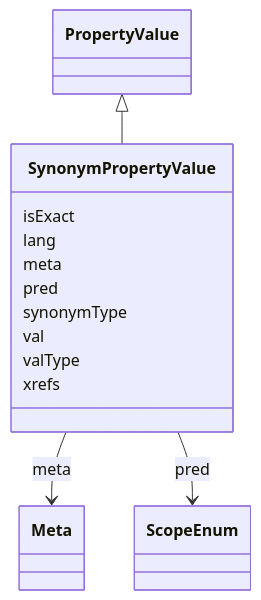
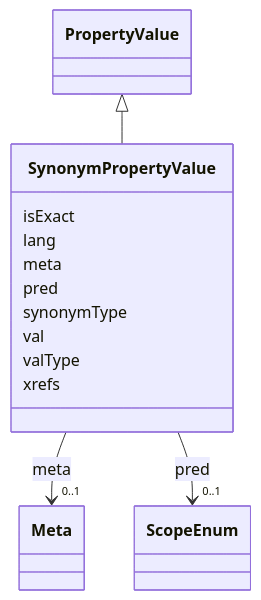
The diagram in obograph/SynonymPropertyValue.md (INCATools/ontology-access-kit), drawn with Mermaid before and after one commit. The commit also changed other lines of this file and 3329 other files, not shown here.

````diff
--- a/obograph/SynonymPropertyValue.md
+++ b/obograph/SynonymPropertyValue.md
@@ -17,27 +19,39 @@
 ```{mermaid}
  classDiagram
     class SynonymPropertyValue
+    click SynonymPropertyValue href "../SynonymPropertyValue"
       PropertyValue <|-- SynonymPropertyValue
+        click PropertyValue href "../PropertyValue"
       
       SynonymPropertyValue : isExact
         
       SynonymPropertyValue : lang
         
       SynonymPropertyValue : meta
         
-          SynonymPropertyValue --> Meta : meta
+          
+    
+    
+    SynonymPropertyValue --> "0..1" Meta : meta
+    click Meta href "../Meta"
+
         
       SynonymPropertyValue : pred
         
-          SynonymPropertyValue --> ScopeEnum : pred
+          
+    
+    
+    SynonymPropertyValue --> "0..1" ScopeEnum : pred
+    click ScopeEnum href "../ScopeEnum"
+
         
       SynonymPropertyValue : synonymType
         
       SynonymPropertyValue : val
         
       SynonymPropertyValue : valType
         
       SynonymPropertyValue : xrefs
         
       
 ```
````
